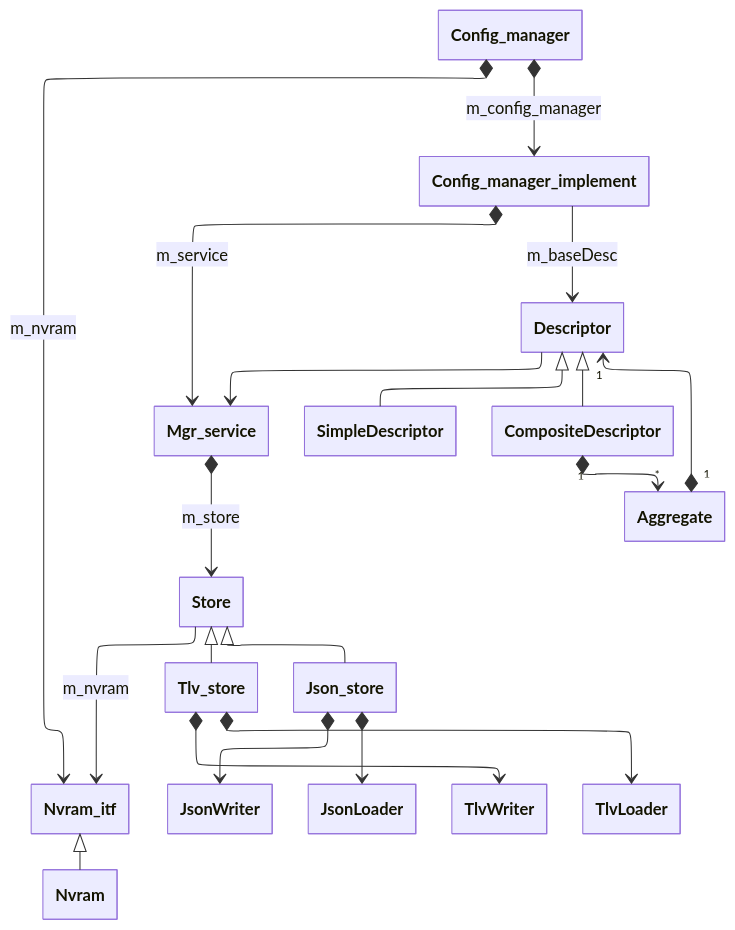
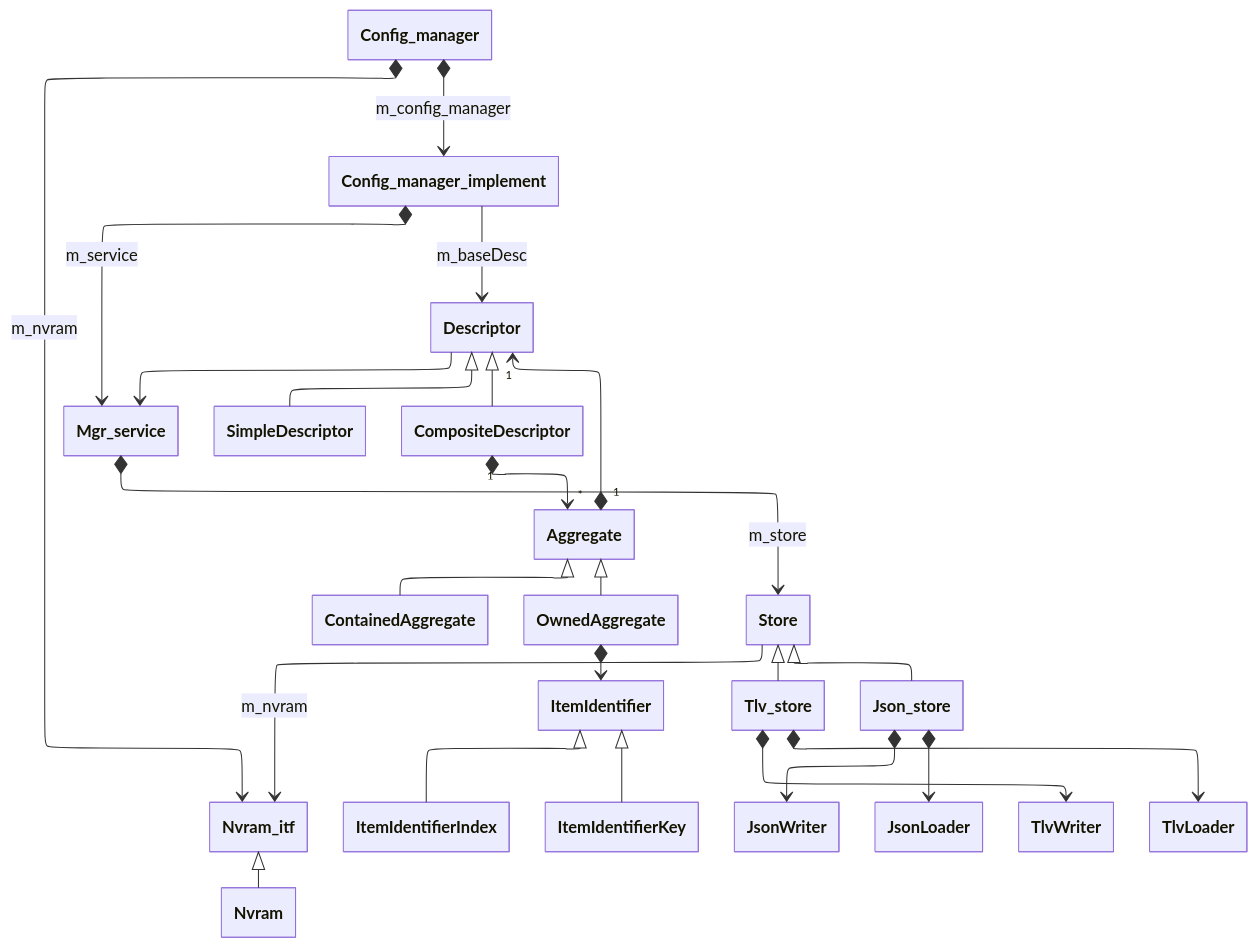
The third of 3 diagrams in README.md (ferdi-pienaar/config_store), drawn with Mermaid before and after one commit. The commit also changed 30 other files, not shown here.

Commit message:
Owned composites can be identified by string key instead of integer index.

````diff
--- a/README.md
+++ b/README.md
@@ -148,30 +148,34 @@
 ```mermaid
 ---
 config:
   layout: elk
   class:
     hideEmptyMembersBox: true
 ---
 
 classDiagram
     Config_manager *--> Config_manager_implement : m_config_manager
     Config_manager *--> Nvram_itf : m_nvram
     Config_manager_implement --> Descriptor : m_baseDesc
     Config_manager_implement *--> Mgr_service : m_service
 
     Descriptor <|-- Simple Descriptor
     Descriptor <|-- Composite Descriptor
     Descriptor --> Mgr_service
     Aggregate "1" *--> "1" Descriptor
     Composite Descriptor "1" *--> "*" Aggregate
-
+    Aggregate <|-- Contained Aggregate
+    Aggregate <|-- Owned Aggregate
+    Owned Aggregate *--> Item Identifier
+    Item Identifier <|-- Item Identifier Index
+    Item Identifier <|-- Item Identifier Key
     Mgr_service *--> Store : m_store
     Store <|-- Tlv_store
     Store <|-- Json_store
     Store --> Nvram_itf : m_nvram
     Nvram_itf <|-- Nvram
     Json_store *--> JsonWriter
     Json_store *--> JsonLoader
     Tlv_store *--> TlvWriter
     Tlv_store *--> TlvLoader
 ```
````
